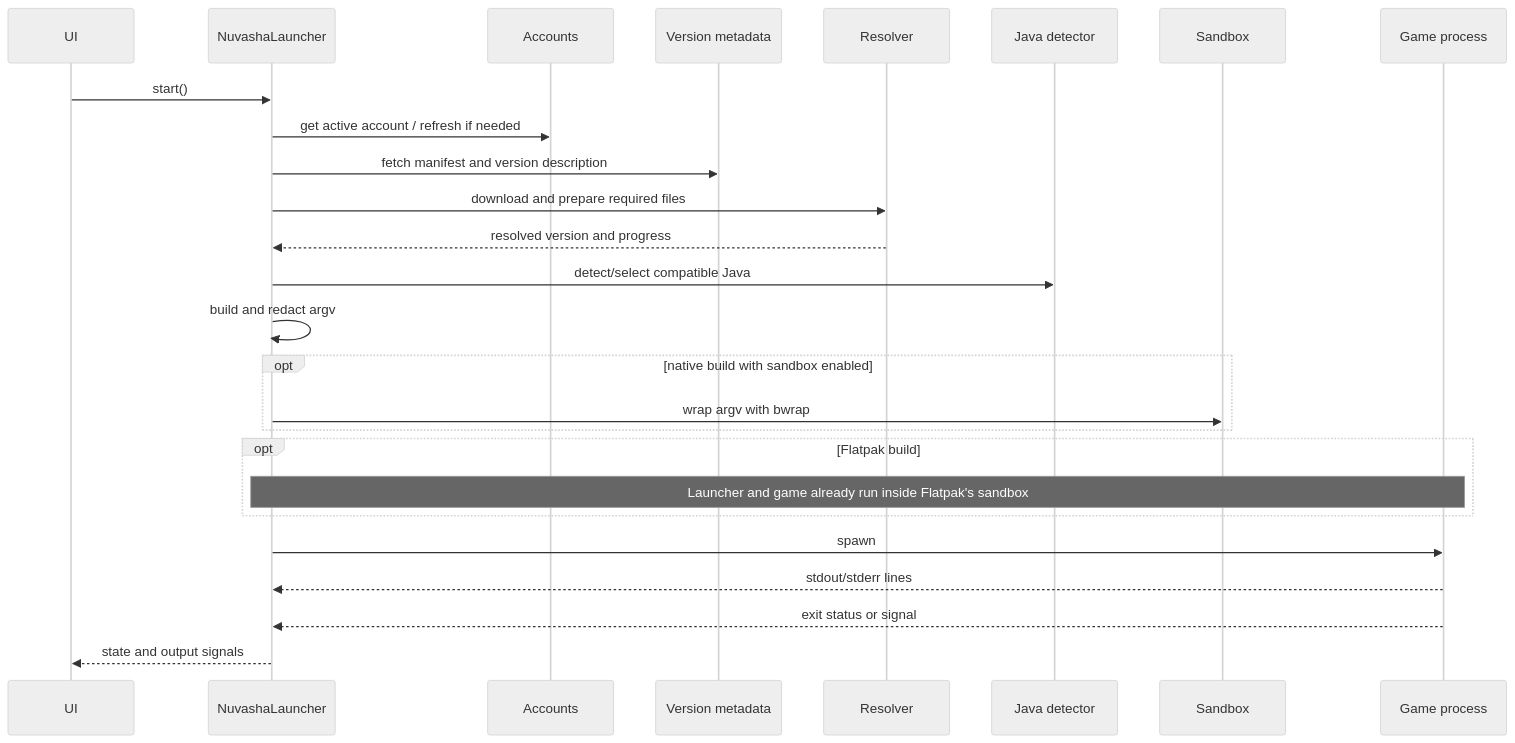
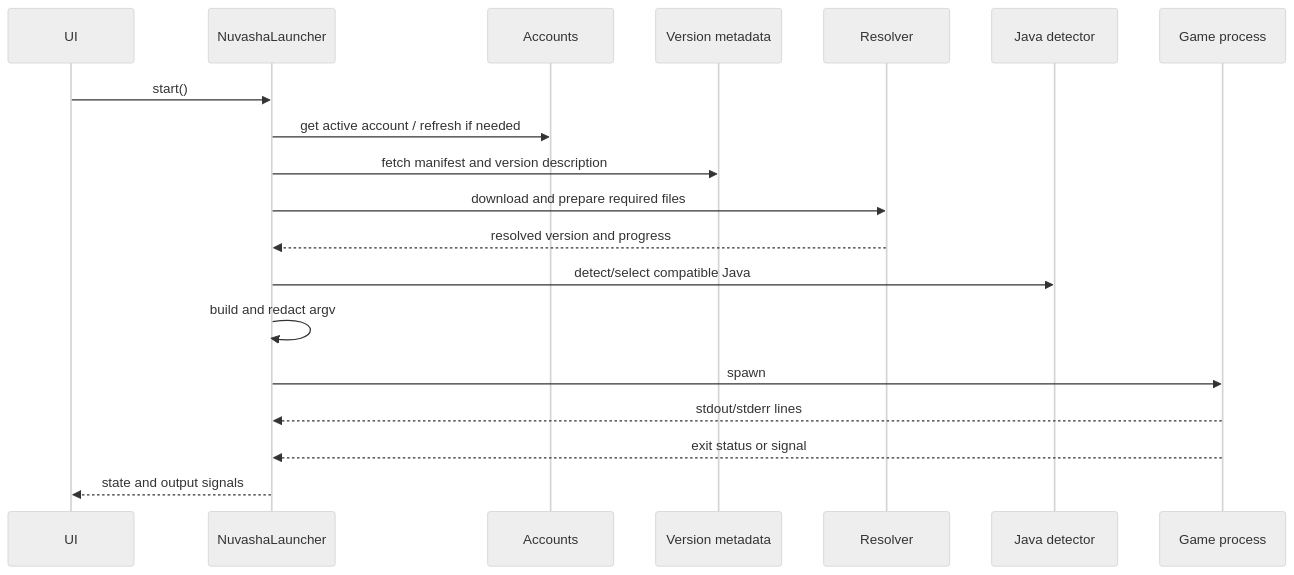
Before and after one commit to NuvashaLauncher/NuvashaLauncher: the third of 3 diagrams in docs/architecture.md, drawn with Mermaid (neutral theme). The commit also changed other lines of this file and 55 other files, not shown here.

````diff
--- a/docs/architecture.md
+++ b/docs/architecture.md
@@ -380,29 +365,22 @@
 ```mermaid
 sequenceDiagram
     participant UI
     participant L as NuvashaLauncher
     participant A as Accounts
     participant V as Version metadata
     participant R as Resolver
     participant J as Java detector
-    participant S as Sandbox
     participant P as Game process
 
     UI->>L: start()
     L->>A: get active account / refresh if needed
     L->>V: fetch manifest and version description
     L->>R: download and prepare required files
     R-->>L: resolved version and progress
     L->>J: detect/select compatible Java
     L->>L: build and redact argv
-    opt native build with sandbox enabled
-        L->>S: wrap argv with bwrap
-    end
-    opt Flatpak build
-        Note over L,P: Launcher and game already run inside Flatpak's sandbox
-    end
     L->>P: spawn
     P-->>L: stdout/stderr lines
     P-->>L: exit status or signal
     L-->>UI: state and output signals
 ```
````
